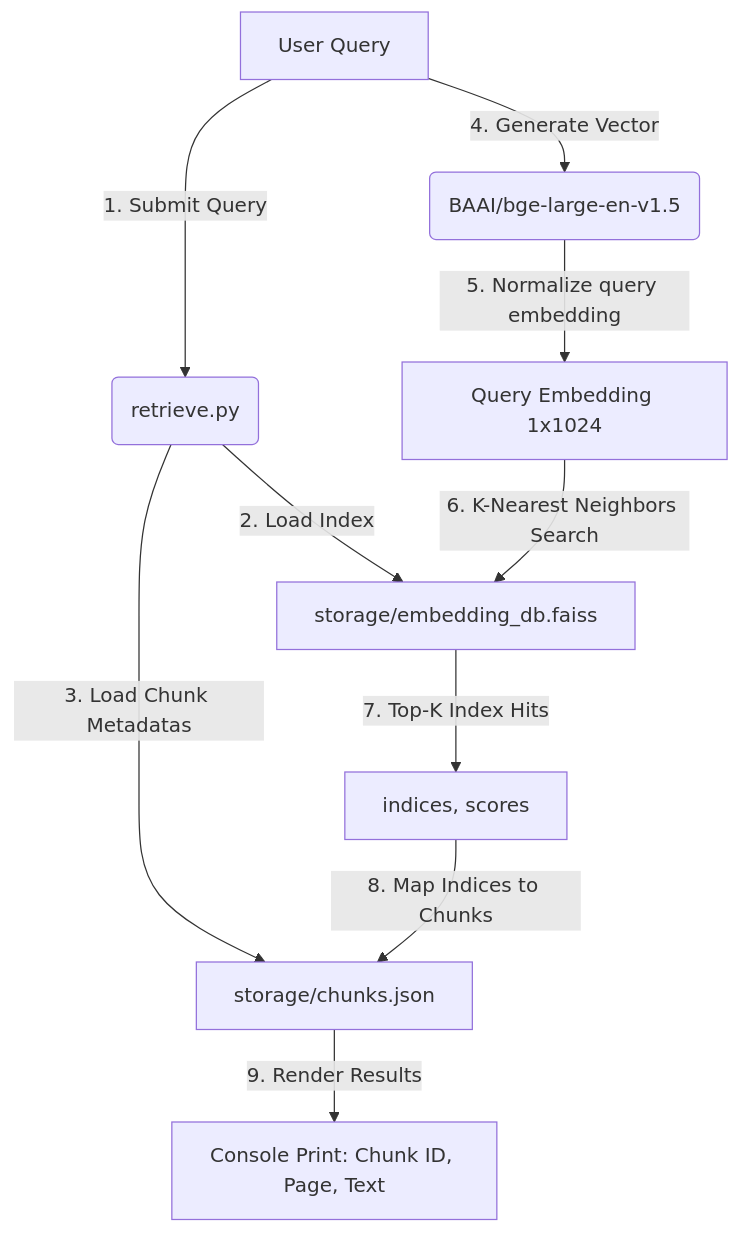
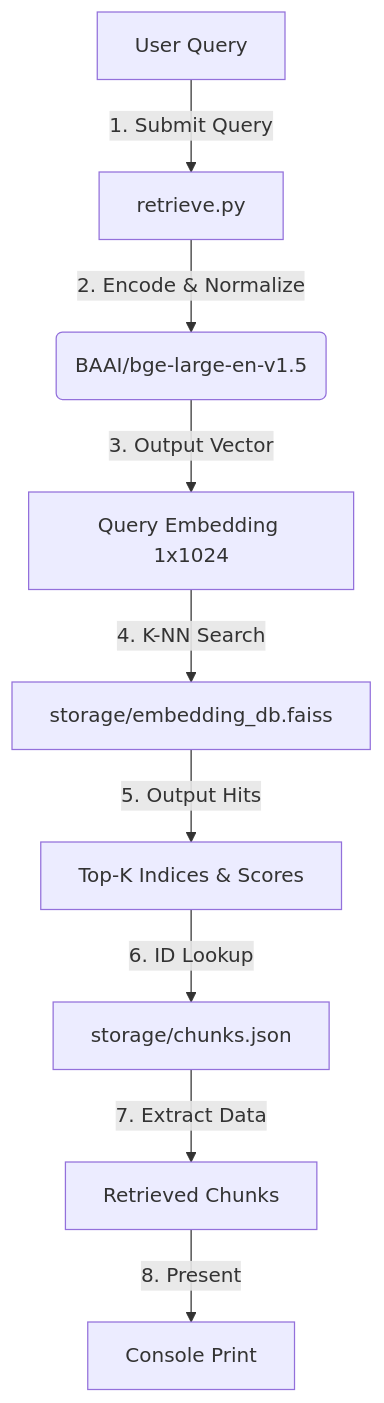
The first of 4 diagrams in phase-6-Retrival-pipeline/README.md (venkatbayanaboina/research-rag-assistant), drawn with Mermaid before and after one commit. The commit also changed other lines of this file, not shown here.

Commit message:
docs: update retrieval pipeline README with corrected flowchart and architecture roadmap

````diff
--- a/phase-6-Retrival-pipeline/README.md
+++ b/phase-6-Retrival-pipeline/README.md
@@ -9,12 +9,11 @@
 ```mermaid
 graph TD
-    A[User Query] -->|1. Submit Query| B(retrieve.py)
-    B -->|2. Load Index| C[storage/embedding_db.faiss]
-    B -->|3. Load Chunk Metadatas| D[storage/chunks.json]
-    A -->|4. Generate Vector| E(BAAI/bge-large-en-v1.5)
-    E -->|5. Normalize query embedding| F[Query Embedding 1x1024]
-    F -->|6. K-Nearest Neighbors Search| C
-    C -->|7. Top-K Index Hits| G[indices, scores]
-    G -->|8. Map Indices to Chunks| D
-    D -->|9. Render Results| H[Console Print: Chunk ID, Page, Text]
+    A[User Query] -->|1. Submit Query| B[retrieve.py]
+    B -->|2. Encode & Normalize| C(BAAI/bge-large-en-v1.5)
+    C -->|3. Output Vector| D[Query Embedding 1x1024]
+    D -->|4. K-NN Search| E[storage/embedding_db.faiss]
+    E -->|5. Output Hits| F[Top-K Indices & Scores]
+    F -->|6. ID Lookup| G[storage/chunks.json]
+    G -->|7. Extract Data| H[Retrieved Chunks]
+    H -->|8. Present| I[Console Print]
 ```
````
